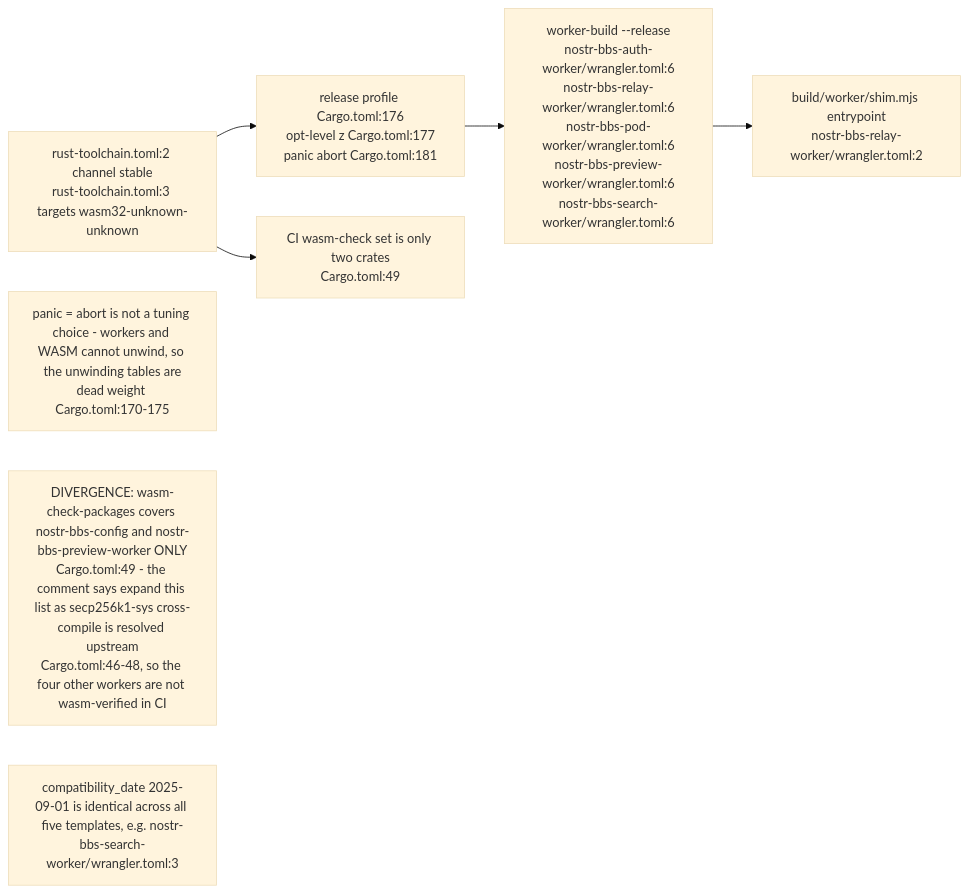
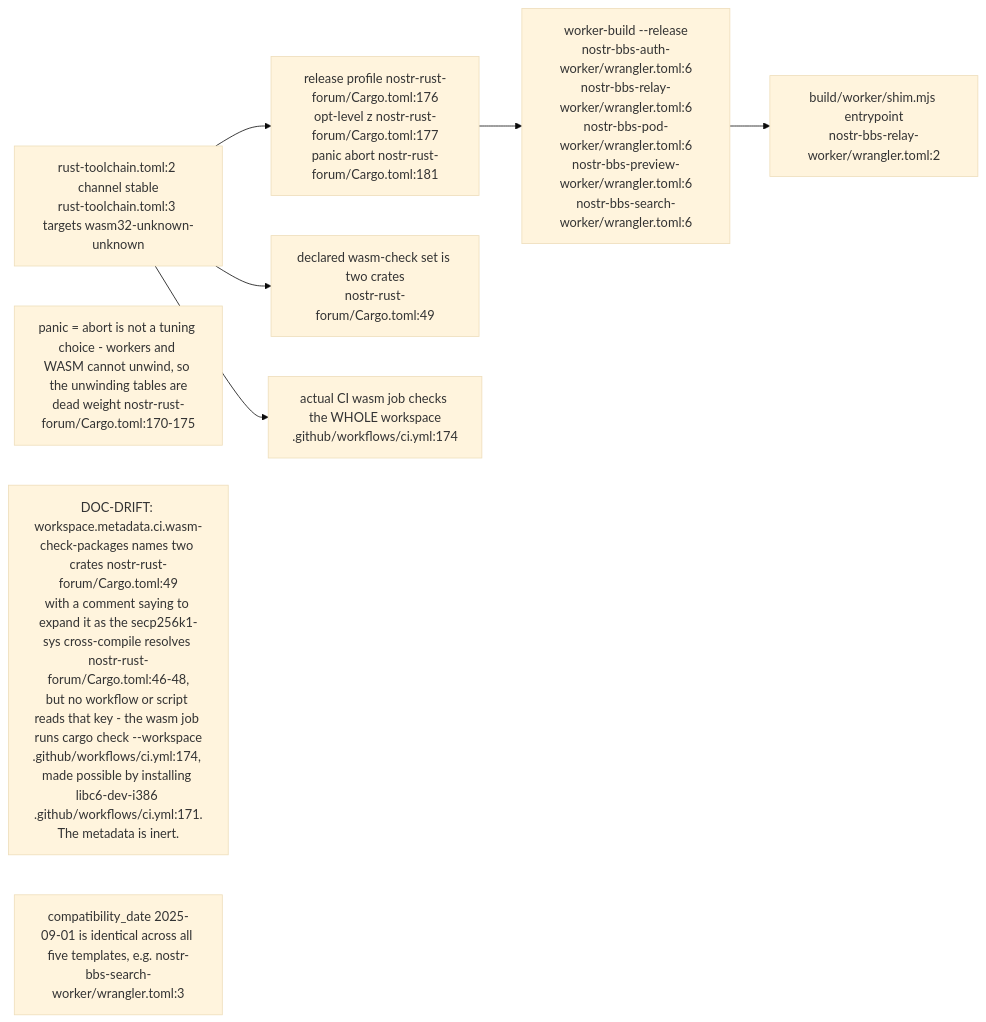
Before and after one commit to DreamLab-AI/VisionFlow: the second of 6 diagrams in docs/diagrams/nostr-rust-forum/01-workspace-and-worker-topology.md, drawn with Mermaid (base theme). The commit also changed other lines of this file and 185 other files, not shown here.

Commit message:
docs(estate): reconcile diagrams and ADRs with source and define closeout sprint

````diff
--- a/docs/diagrams/nostr-rust-forum/01-workspace-and-worker-topology.md
+++ b/docs/diagrams/nostr-rust-forum/01-workspace-and-worker-topology.md
@@ -78,15 +79,17 @@
 ```mermaid
 flowchart LR
     TC["rust-toolchain.toml:2 channel stable<br/>rust-toolchain.toml:3 targets wasm32-unknown-unknown"]
-    PROF["release profile Cargo.toml:176<br/>opt-level z Cargo.toml:177<br/>panic abort Cargo.toml:181"]
+    PROF["release profile nostr-rust-forum/Cargo.toml:176<br/>opt-level z nostr-rust-forum/Cargo.toml:177<br/>panic abort nostr-rust-forum/Cargo.toml:181"]
     WB["worker-build --release<br/>nostr-bbs-auth-worker/wrangler.toml:6<br/>nostr-bbs-relay-worker/wrangler.toml:6<br/>nostr-bbs-pod-worker/wrangler.toml:6<br/>nostr-bbs-preview-worker/wrangler.toml:6<br/>nostr-bbs-search-worker/wrangler.toml:6"]
     SHIM["build/worker/shim.mjs entrypoint<br/>nostr-bbs-relay-worker/wrangler.toml:2"]
-    CIW["CI wasm-check set is only two crates<br/>Cargo.toml:49"]
+    CIW["declared wasm-check set is two crates<br/>nostr-rust-forum/Cargo.toml:49"]
+    CIJOB["actual CI wasm job checks the WHOLE workspace<br/>.github/workflows/ci.yml:174"]
 
     TC --> PROF --> WB --> SHIM
     TC --> CIW
+    TC --> CIJOB
 
-    N1["panic = abort is not a tuning choice - workers and WASM cannot unwind, so the unwinding tables are<br/>dead weight Cargo.toml:170-175"]
-    N2["DIVERGENCE: wasm-check-packages covers nostr-bbs-config and nostr-bbs-preview-worker ONLY<br/>Cargo.toml:49 - the comment says expand this list as secp256k1-sys cross-compile is resolved upstream<br/>Cargo.toml:46-48, so the four other workers are not wasm-verified in CI"]
+    N1["panic = abort is not a tuning choice - workers and WASM cannot unwind, so the unwinding tables are<br/>dead weight nostr-rust-forum/Cargo.toml:170-175"]
+    N2["DOC-DRIFT: workspace.metadata.ci.wasm-check-packages names two crates nostr-rust-forum/Cargo.toml:49<br/>with a comment saying to expand it as the secp256k1-sys cross-compile resolves nostr-rust-forum/Cargo.toml:46-48,<br/>but no workflow or script reads that key - the wasm job runs cargo check --workspace<br/>.github/workflows/ci.yml:174, made possible by installing libc6-dev-i386 .github/workflows/ci.yml:171.<br/>The metadata is inert."]
     N3["compatibility_date 2025-09-01 is identical across all five templates, e.g. nostr-bbs-search-worker/wrangler.toml:3"]
 ```
````
